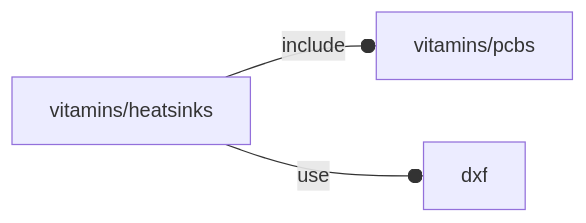
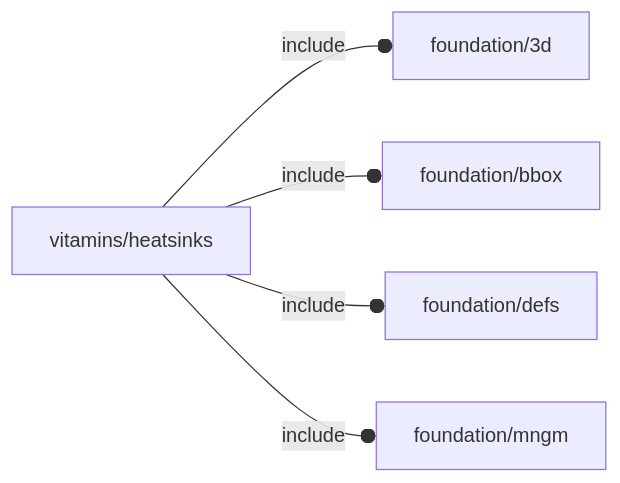
Before and after one commit to ggabbiani/OFL: the diagram in orthodocs/vitamins/heatsinks.md, drawn with Mermaid. The commit also changed other lines of this file and 39 other files, not shown here.

````diff
--- a/orthodocs/vitamins/heatsinks.md
+++ b/orthodocs/vitamins/heatsinks.md
@@ -5,5 +5,7 @@
 ```mermaid
 graph LR
-    A1[vitamins/heatsinks] --o|include| A2[vitamins/pcbs]
-    A1 --o|use| A3[dxf]
+    A1[vitamins/heatsinks] --o|include| A2[foundation/3d]
+    A1 --o|include| A3[foundation/bbox]
+    A1 --o|include| A4[foundation/defs]
+    A1 --o|include| A5[foundation/mngm]
 ```
````
